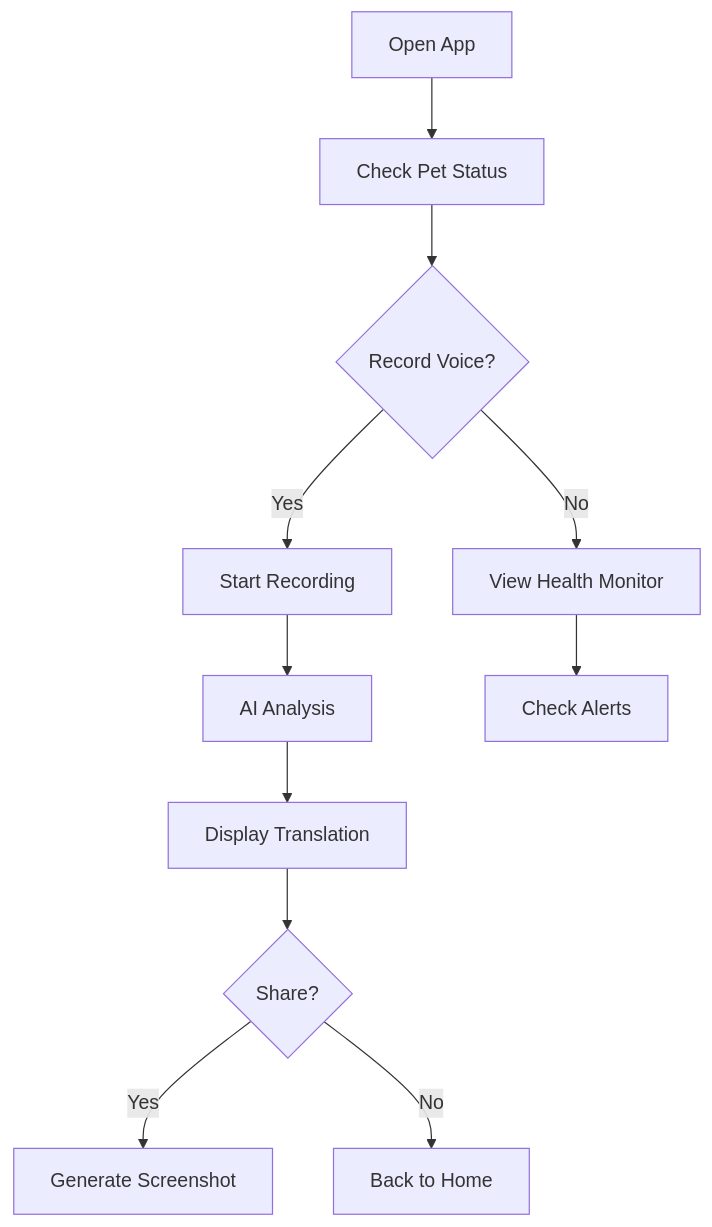
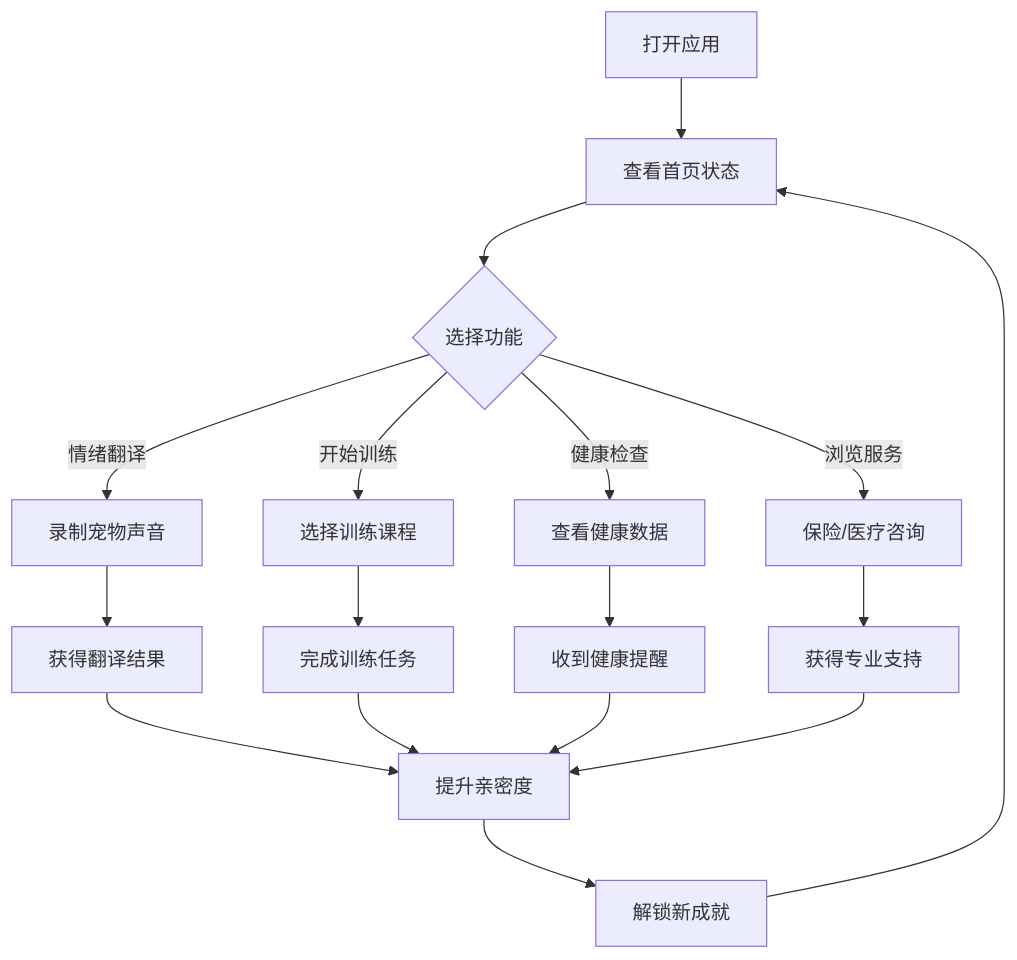
Before and after one commit to Tri250/-: the diagram in .trae/documents/prd.md, drawn with Mermaid. The commit also changed other lines of this file and 8 other files, not shown here.

````diff
--- a/.trae/documents/prd.md
+++ b/.trae/documents/prd.md
@@ -37,13 +38,19 @@
 ```mermaid
 flowchart TD
-    A[Open App] --> B[Check Pet Status]
-    B --> C{Record Voice?}
-    C -->|Yes| D[Start Recording]
-    D --> E[AI Analysis]
-    E --> F[Display Translation]
-    F --> G{Share?}
-    G -->|Yes| H[Generate Screenshot]
-    G -->|No| I[Back to Home]
-    C -->|No| J[View Health Monitor]
-    J --> K[Check Alerts]
+    A["打开应用"] --> B["查看首页状态"]
+    B --> C{"选择功能"}
+    C -->|情绪翻译| D["录制宠物声音"]
+    C -->|开始训练| E["选择训练课程"]
+    C -->|健康检查| F["查看健康数据"]
+    C -->|浏览服务| G["保险/医疗咨询"]
+    D --> H["获得翻译结果"]
+    E --> I["完成训练任务"]
+    F --> J["收到健康提醒"]
+    G --> K["获得专业支持"]
+    H --> L["提升亲密度"]
+    I --> L
+    J --> L
+    K --> L
+    L --> M["解锁新成就"]
+    M --> B
 ```
````
